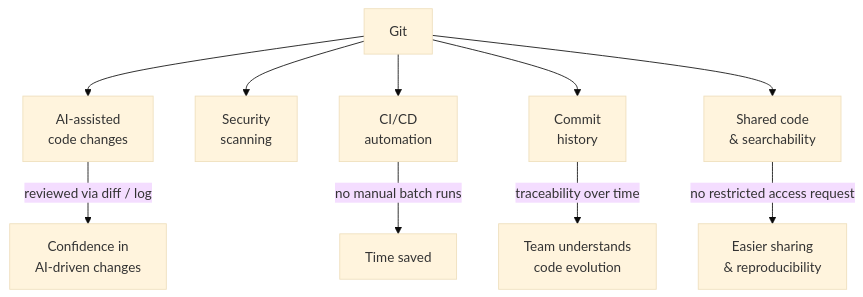
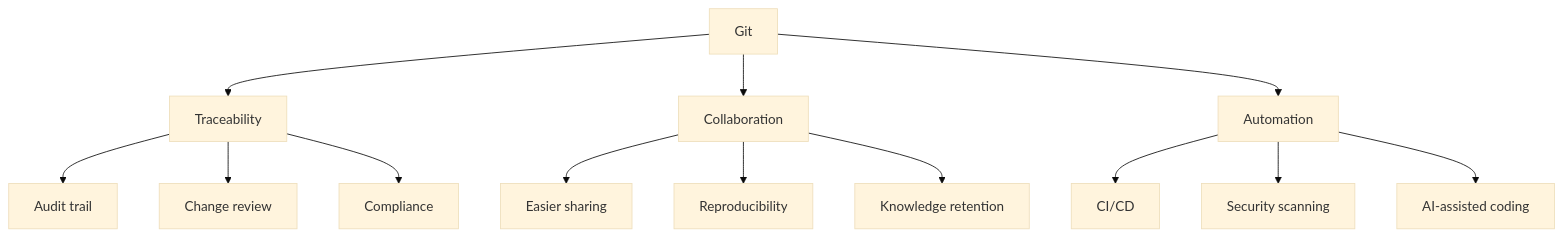
The diagram in white-paper/benefits.qmd (phuse-org/git-in-statistical-programming), drawn with Mermaid (base theme) before and after one commit.

Commit message:
Update white-paper/benefits.qmd
Applied

````diff
--- a/white-paper/benefits.qmd
+++ b/white-paper/benefits.qmd
@@ -7,23 +7,38 @@
 ```{mermaid}
 %%| label: fig-git-benefits
 %%| fig-cap: "Overview of Git benefits"
 flowchart TD
     git["Git"]
 
-    ai["AI-assisted<br/>code changes"]
-    sec["Security<br/>scanning"]
-    cicd["CI/CD<br/>automation"]
-    hist["Commit<br/>history"]
-    view["Shared code<br/>&amp; searchability"]
+    trace["Traceability"]
+    collab["Collaboration"]
+    auto["Automation"]
 
-    git --> ai
-    git --> sec
-    git --> cicd
-    git --> hist
-    git --> view
+    audit["Audit trail"]
+    review["Change review"]
+    compliance["Compliance"]
 
-    ai -->|"reviewed via diff / log"| trust["Confidence in<br/>AI-driven changes"]
-    cicd -->|"no manual batch runs"| efficiency["Time saved"]
-    hist -->|"traceability over time"| understanding["Team understands<br/>code evolution"]
-    view -->|"no restricted access request"| collab["Easier sharing<br/>&amp; reproducibility"]
+    share["Easier sharing"]
+    repro["Reproducibility"]
+    knowledge["Knowledge retention"]
+
+    cicd["CI/CD"]
+    security["Security scanning"]
+    ai["AI-assisted coding"]
+
+    git --> trace
+    git --> collab
+    git --> auto
+
+    trace --> audit
+    trace --> review
+    trace --> compliance
+
+    collab --> share
+    collab --> repro
+    collab --> knowledge
+
+    auto --> cicd
+    auto --> security
+    auto --> ai
 ```
````
